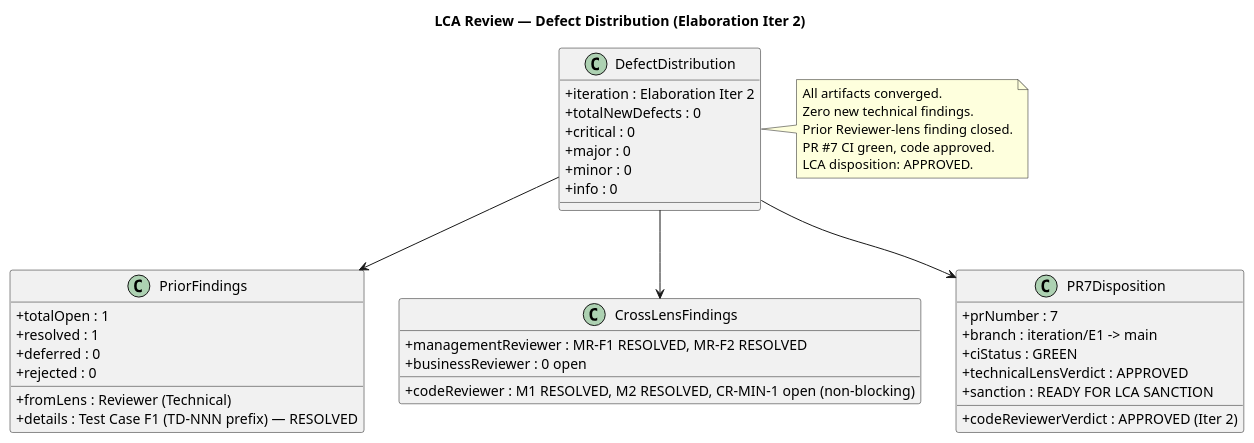
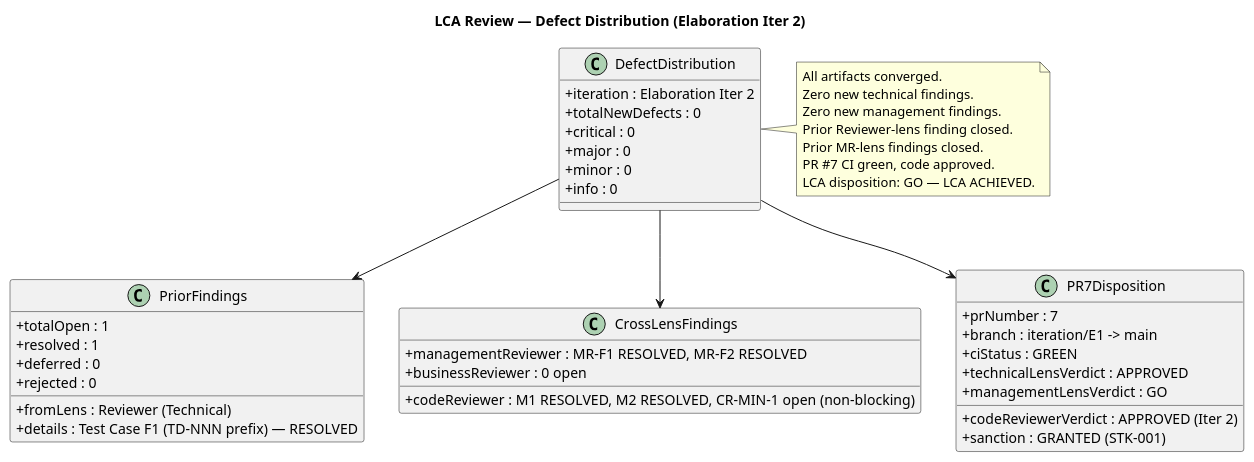
The fourth of 5 diagrams in docs/artifacts/project-management/review-record.md (banense-test/portal-cuba-corp), drawn with PlantUML before and after one commit. The commit also changed other lines of this file, not shown here.

Commit message:
Management Reviewer [E2]: upsert Review Record
[skip ci]

````diff
--- a/docs/artifacts/project-management/review-record.md
+++ b/docs/artifacts/project-management/review-record.md
@@ -287,53 +290,56 @@
 ```plantuml
 @startuml
 title LCA Review — Defect Distribution (Elaboration Iter 2)
 
 skinparam classAttributeIconSize 0
 
 class DefectDistribution {
   + iteration : Elaboration Iter 2
   + totalNewDefects : 0
   + critical : 0
   + major : 0
   + minor : 0
   + info : 0
 }
 
 class PriorFindings {
   + fromLens : Reviewer (Technical)
   + totalOpen : 1
   + resolved : 1
   + deferred : 0
   + rejected : 0
   + details : Test Case F1 (TD-NNN prefix) — RESOLVED
 }
 
 class CrossLensFindings {
   + managementReviewer : MR-F1 RESOLVED, MR-F2 RESOLVED
   + codeReviewer : M1 RESOLVED, M2 RESOLVED, CR-MIN-1 open (non-blocking)
   + businessReviewer : 0 open
 }
 
 class PR7Disposition {
   + prNumber : 7
   + branch : iteration/E1 -> main
   + ciStatus : GREEN
   + codeReviewerVerdict : APPROVED (Iter 2)
   + technicalLensVerdict : APPROVED
-  + sanction : READY FOR LCA SANCTION
+  + managementLensVerdict : GO
+  + sanction : GRANTED (STK-001)
 }
 
 DefectDistribution --> PriorFindings
 DefectDistribution --> CrossLensFindings
 DefectDistribution --> PR7Disposition
 
 note right of DefectDistribution
   All artifacts converged.
   Zero new technical findings.
+  Zero new management findings.
   Prior Reviewer-lens finding closed.
+  Prior MR-lens findings closed.
   PR #7 CI green, code approved.
-  LCA disposition: APPROVED.
+  LCA disposition: GO — LCA ACHIEVED.
 end note
 
 @enduml
 ```
````
